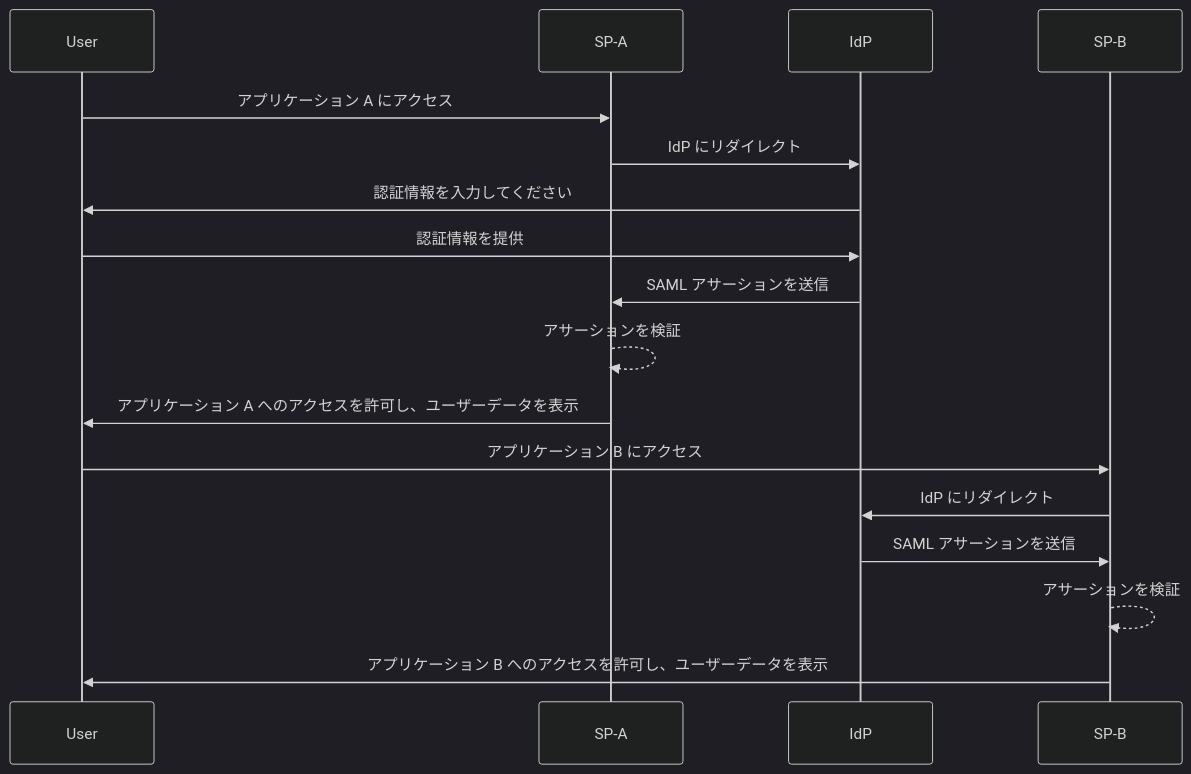
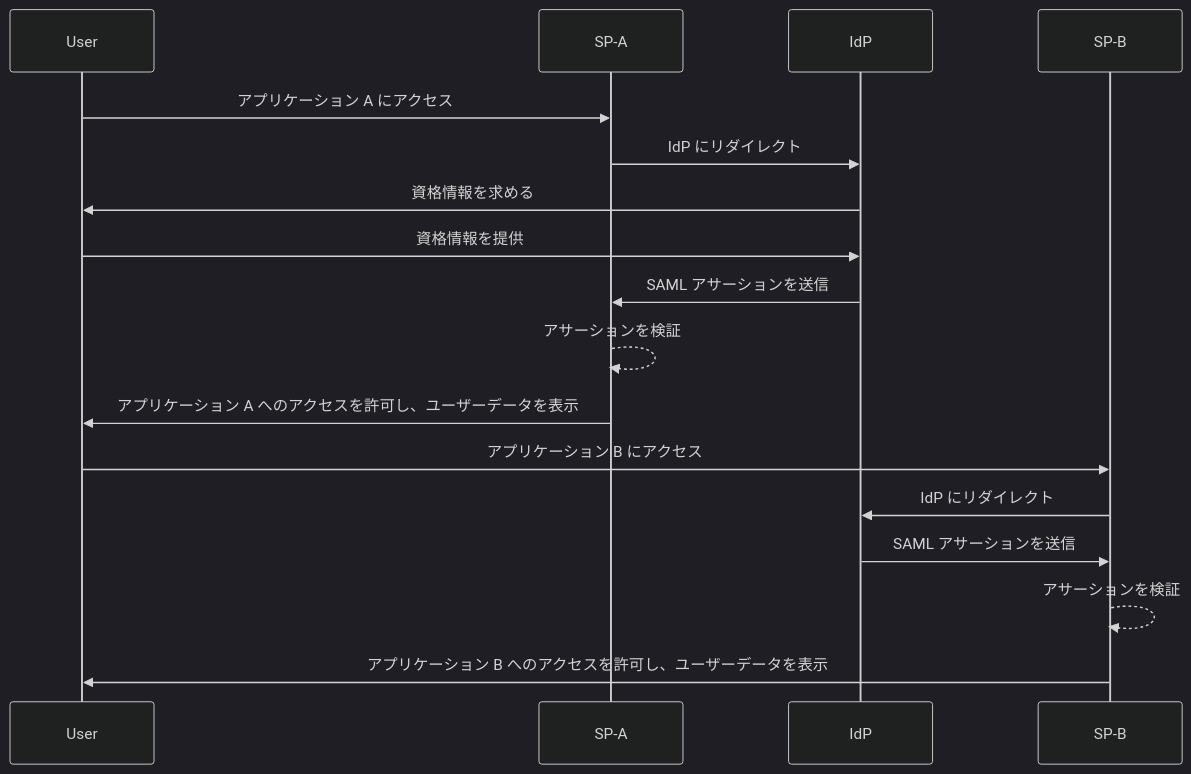
The first of 2 diagrams in src/content/terms/ja/single-sign-on.mdx (logto-io/auth-wiki), drawn with Mermaid (dark theme) before and after one commit. The commit also changed other lines of this file and 48 other files, not shown here.

````diff
--- a/src/content/terms/ja/single-sign-on.mdx
+++ b/src/content/terms/ja/single-sign-on.mdx
@@ -29,20 +29,20 @@
 ```mermaid
 sequenceDiagram
     participant User
     participant SP-A
     participant IdP
     participant SP-B
 
     User->>SP-A: アプリケーション A にアクセス
     SP-A->>IdP: IdP にリダイレクト
-    IdP->>User: 認証情報を入力してください
-    User->>IdP: 認証情報を提供
+    IdP->>User: 資格情報を求める
+    User->>IdP: 資格情報を提供
     IdP->>SP-A: SAML アサーションを送信
     SP-A-->>SP-A: アサーションを検証
     SP-A->>User: アプリケーション A へのアクセスを許可し、ユーザーデータを表示
     User->>SP-B: アプリケーション B にアクセス
     SP-B->>IdP: IdP にリダイレクト
     IdP->>SP-B: SAML アサーションを送信
     SP-B-->>SP-B: アサーションを検証
     SP-B->>User: アプリケーション B へのアクセスを許可し、ユーザーデータを表示
 ```
````
